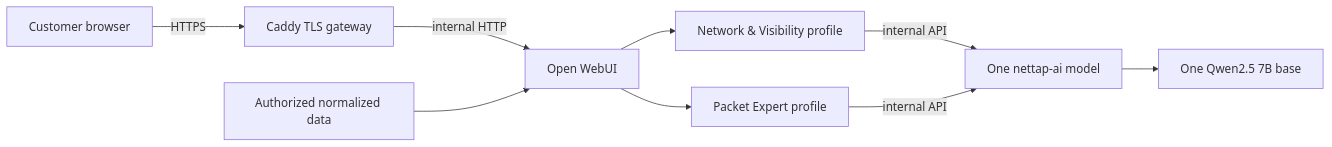
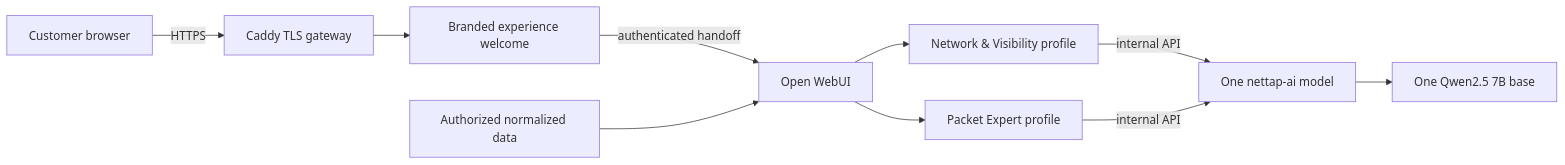
The diagram in docs/PRODUCTION_ARCHITECTURE.md (mpdwyer2367/nettap-packet-expert), drawn with Mermaid before and after one commit. The commit also changed other lines of this file and 56 other files, not shown here.

````diff
--- a/docs/PRODUCTION_ARCHITECTURE.md
+++ b/docs/PRODUCTION_ARCHITECTURE.md
@@ -9,11 +9,12 @@
 ```mermaid
 flowchart LR
     B["Customer browser"] -->|HTTPS| G["Caddy TLS gateway"]
-    G -->|internal HTTP| W["Open WebUI"]
+    G --> L["Branded experience welcome"]
+    L -->|authenticated handoff| W["Open WebUI"]
     W --> V["Network & Visibility profile"]
     W --> P["Packet Expert profile"]
     V -->|internal API| N["One nettap-ai model"]
     P -->|internal API| N
     N --> M["One Qwen2.5 7B base"]
     D["Authorized normalized data"] --> W
 ```
````
